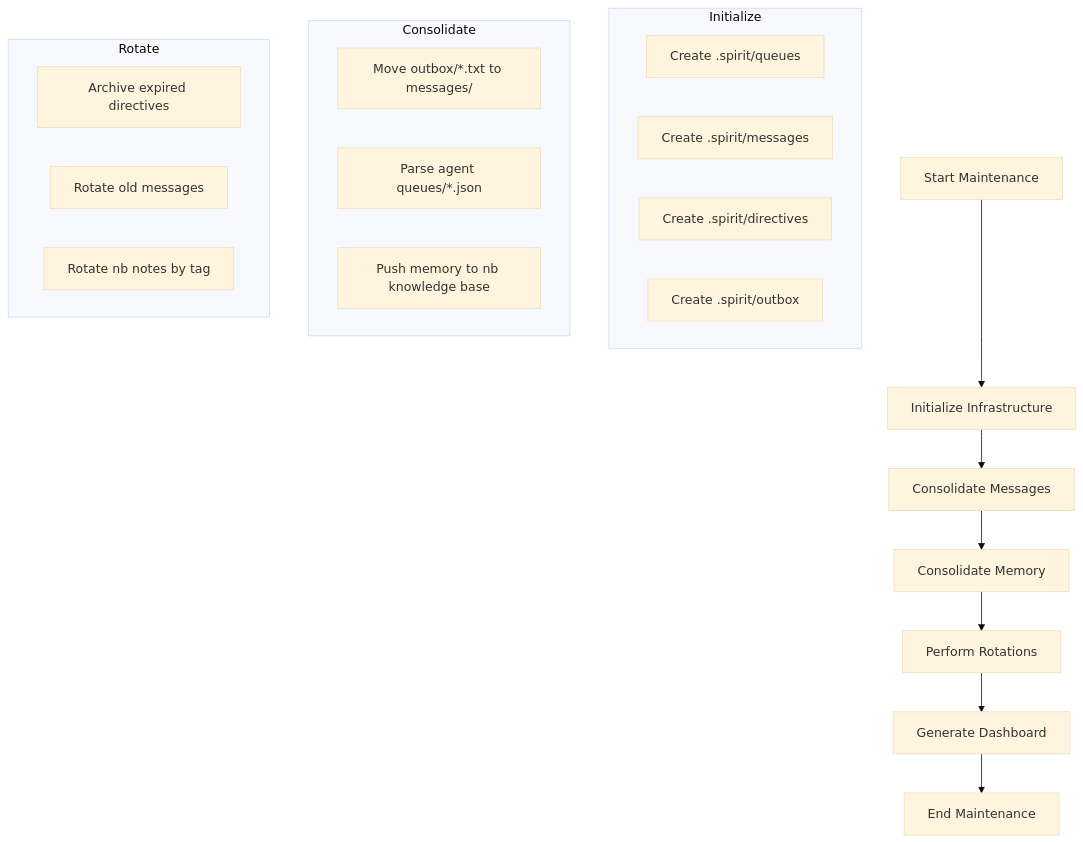
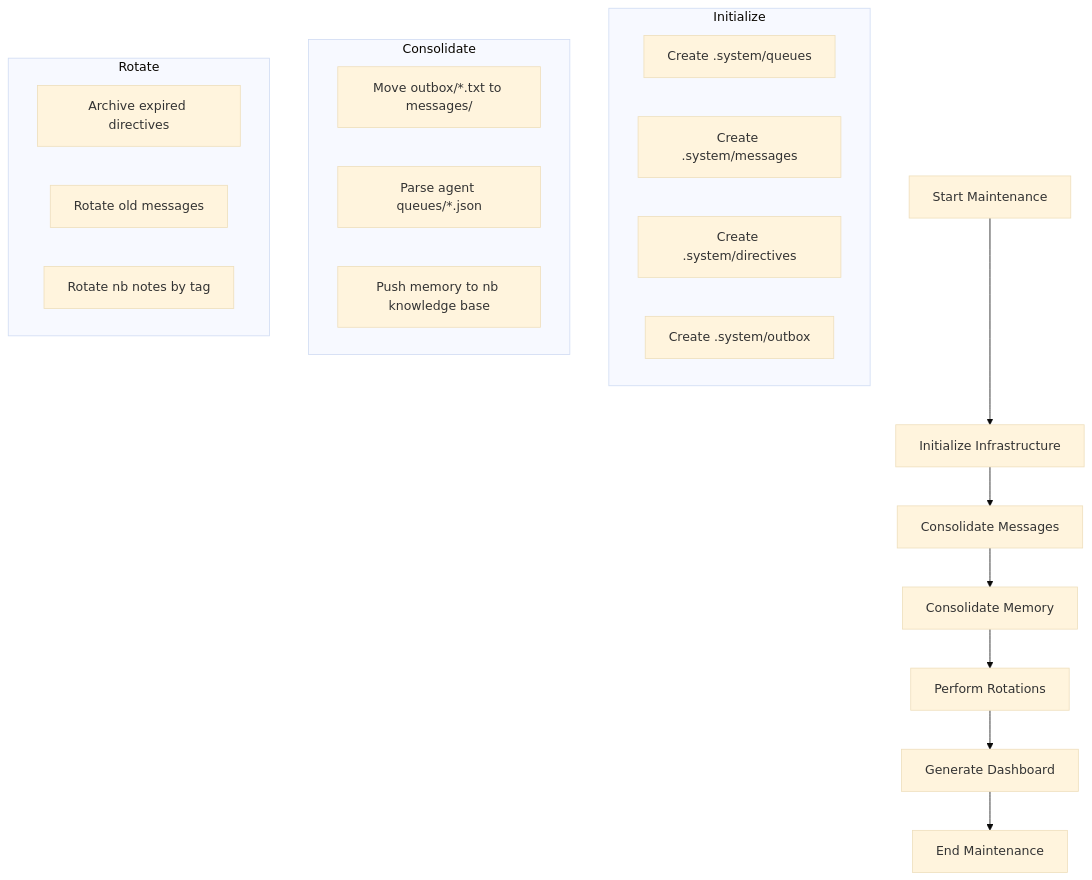
The fifth of 14 diagrams in INDEX.md (kodicw/nixspirit), drawn with Mermaid (base theme) before and after one commit. The commit also changed other lines of this file and 78 other files, not shown here.

````diff
--- a/INDEX.md
+++ b/INDEX.md
@@ -151,28 +151,28 @@
 ```mermaid
 graph TD
     A[Start Maintenance] --> B[Initialize Infrastructure]
     B --> C[Consolidate Messages]
     C --> D[Consolidate Memory]
     D --> E[Perform Rotations]
     E --> F[Generate Dashboard]
     F --> G[End Maintenance]
 
     subgraph Initialize
-        B1[Create .spirit/queues]
-        B2[Create .spirit/messages]
-        B3[Create .spirit/directives]
-        B4[Create .spirit/outbox]
+        B1[Create .system/queues]
+        B2[Create .system/messages]
+        B3[Create .system/directives]
+        B4[Create .system/outbox]
     end
 
     subgraph Consolidate
         C1[Move outbox/*.txt to messages/]
         D1[Parse agent queues/*.json]
         D2[Push memory to nb knowledge base]
     end
 
     subgraph Rotate
         E1[Archive expired directives]
         E2[Rotate old messages]
         E3[Rotate nb notes by tag]
     end
 ```
````
